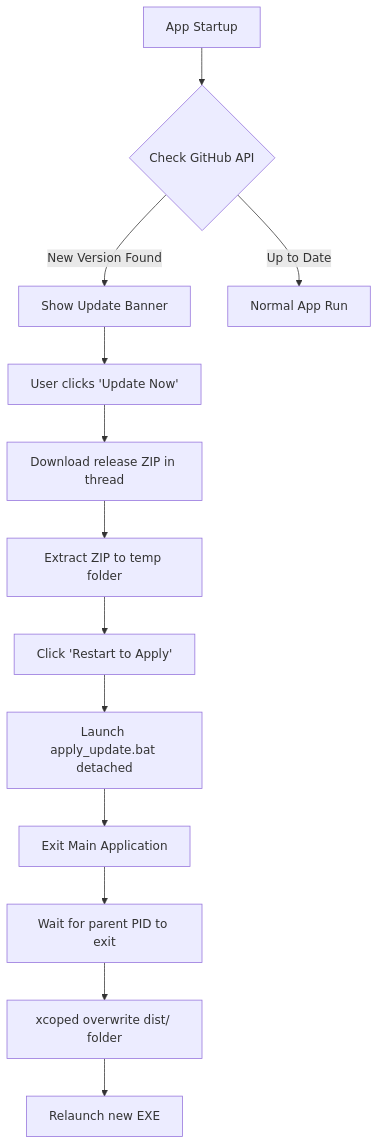
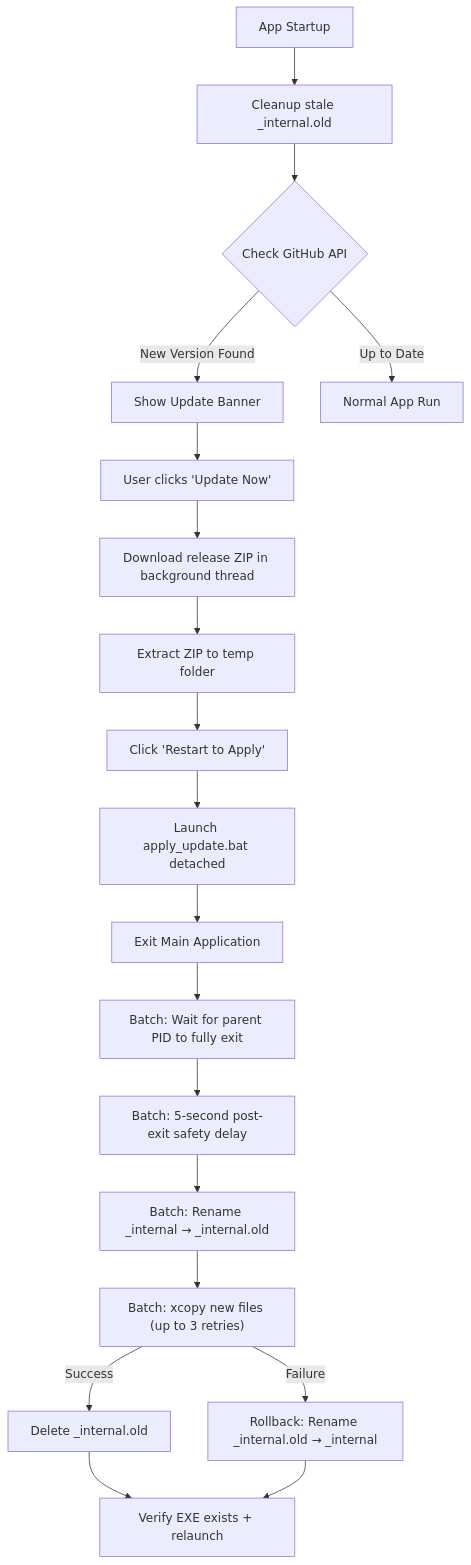
One commit to Travishulse/camplife_dataloader changed the diagram in docs/UPDATE_WORKFLOW.md. Above: the diagram before and after it, drawn with Mermaid. The commit also changed other lines of this file and 9 other files, not shown here.

````diff
--- a/docs/UPDATE_WORKFLOW.md
+++ b/docs/UPDATE_WORKFLOW.md
@@ -16,15 +16,21 @@
 ```mermaid
 graph TD
-    A[App Startup] --> B{Check GitHub API}
+    A[App Startup] --> A1[Cleanup stale _internal.old]
+    A1 --> B{Check GitHub API}
     B -- New Version Found --> C[Show Update Banner]
     B -- Up to Date --> D[Normal App Run]
-    C --> E[User clicks 'Update Now']
-    E --> F[Download release ZIP in thread]
+    C --> E["User clicks 'Update Now'"]
+    E --> F[Download release ZIP in background thread]
     F --> G[Extract ZIP to temp folder]
-    G --> H[Click 'Restart to Apply']
+    G --> H["Click 'Restart to Apply'"]
     H --> I[Launch apply_update.bat detached]
     I --> J[Exit Main Application]
-    J --> K[Wait for parent PID to exit]
-    K --> L[ xcoped overwrite dist/ folder]
-    L --> M[Relaunch new EXE]
+    J --> K[Batch: Wait for parent PID to fully exit]
+    K --> L[Batch: 5-second post-exit safety delay]
+    L --> M["Batch: Rename _internal → _internal.old"]
+    M --> N["Batch: xcopy new files (up to 3 retries)"]
+    N -- Success --> O[Delete _internal.old]
+    N -- Failure --> P["Rollback: Rename _internal.old → _internal"]
+    O --> Q[Verify EXE exists + relaunch]
+    P --> Q
 ```
````
